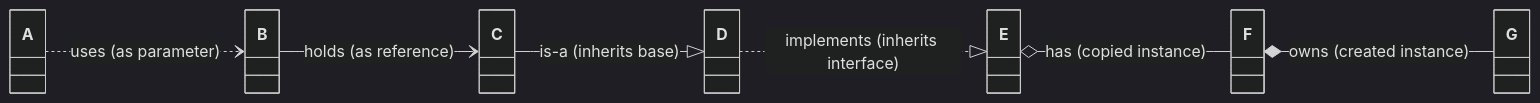
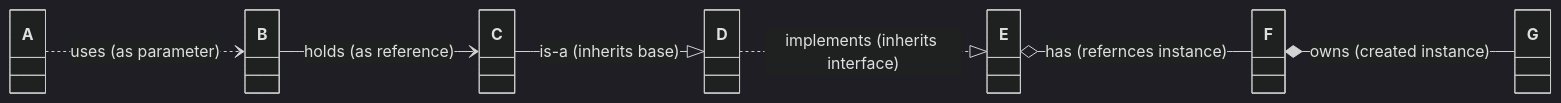
The first of 2 diagrams in doc/classDiagram.md (SinixND/roguelike), drawn with Mermaid before and after one commit. The commit also changed 14 other files, not shown here.

````diff
--- a/doc/classDiagram.md
+++ b/doc/classDiagram.md
@@ -1,12 +1,12 @@
 ```mermaid
 %%{init: {'theme': 'dark'}}%%
 classDiagram
 direction LR
 
 A ..> B : uses (as parameter)
 B --> C : holds (as reference)
 C --|> D : is-a (inherits base)
 D ..|> E : implements (inherits interface)
-E o-- F : has (copied instance)
+E o-- F : has (refernces instance)
 F *-- G : owns (created instance)
 ```
````
